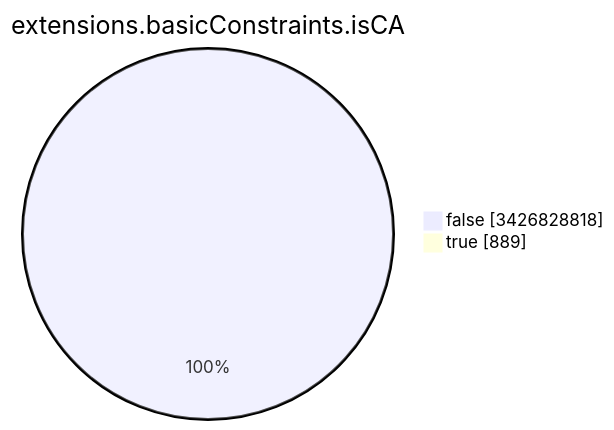
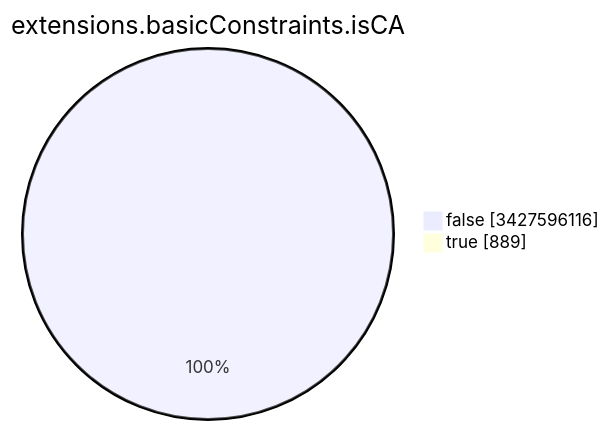
Before and after one commit to christiankrug/ctmonitor_visualization: the seventh of 15 diagrams in TOTAL/README.md, drawn with Mermaid. The commit also changed other lines of this file, not shown here.

````diff
--- a/TOTAL/README.md
+++ b/TOTAL/README.md
@@ -3092,6 +3092,6 @@
 ```mermaid
 pie showData
 title extensions.basicConstraints.isCA
-"false" :3426828818
+"false" :3427596116
 "true" :889
 ```
````
